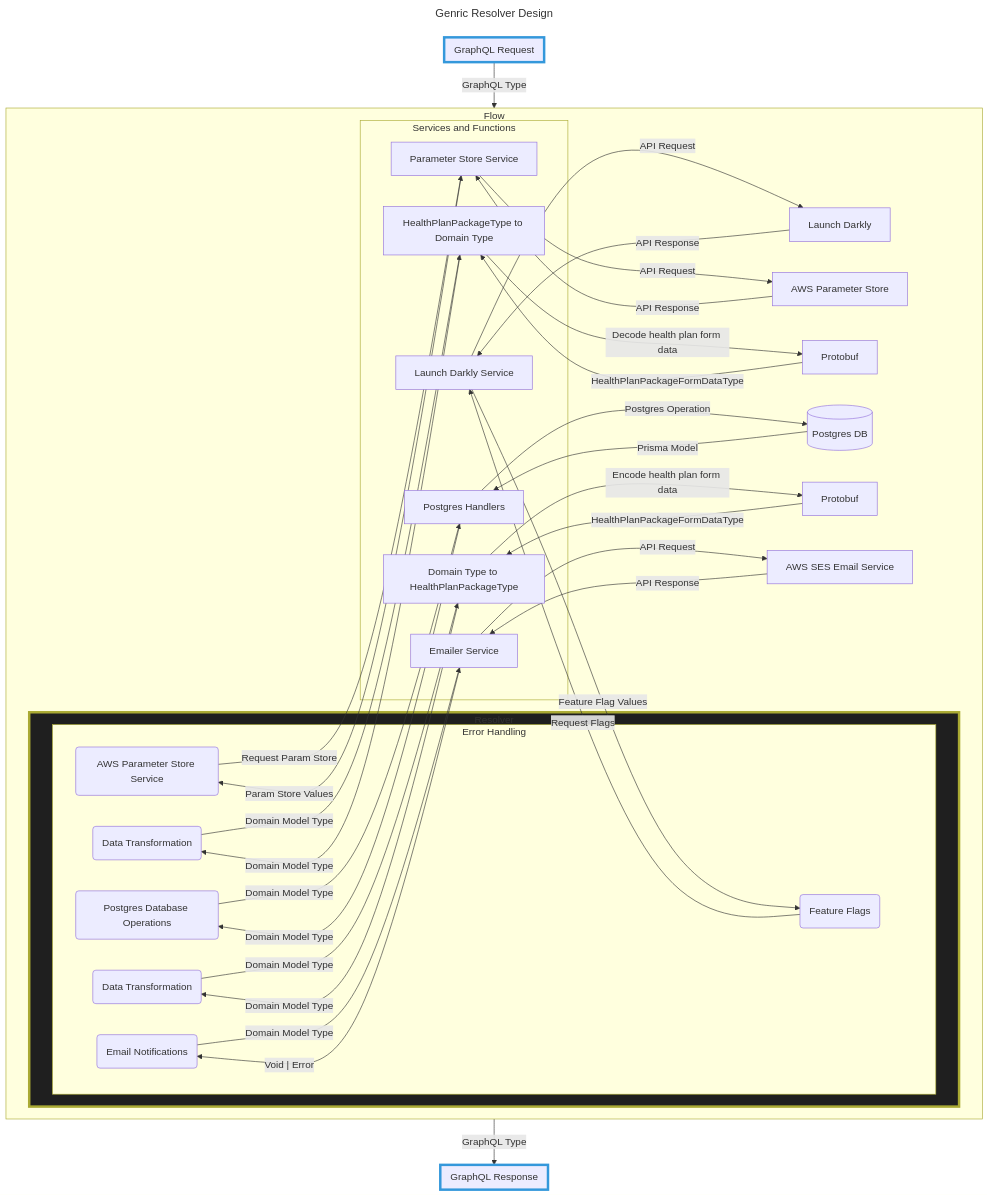
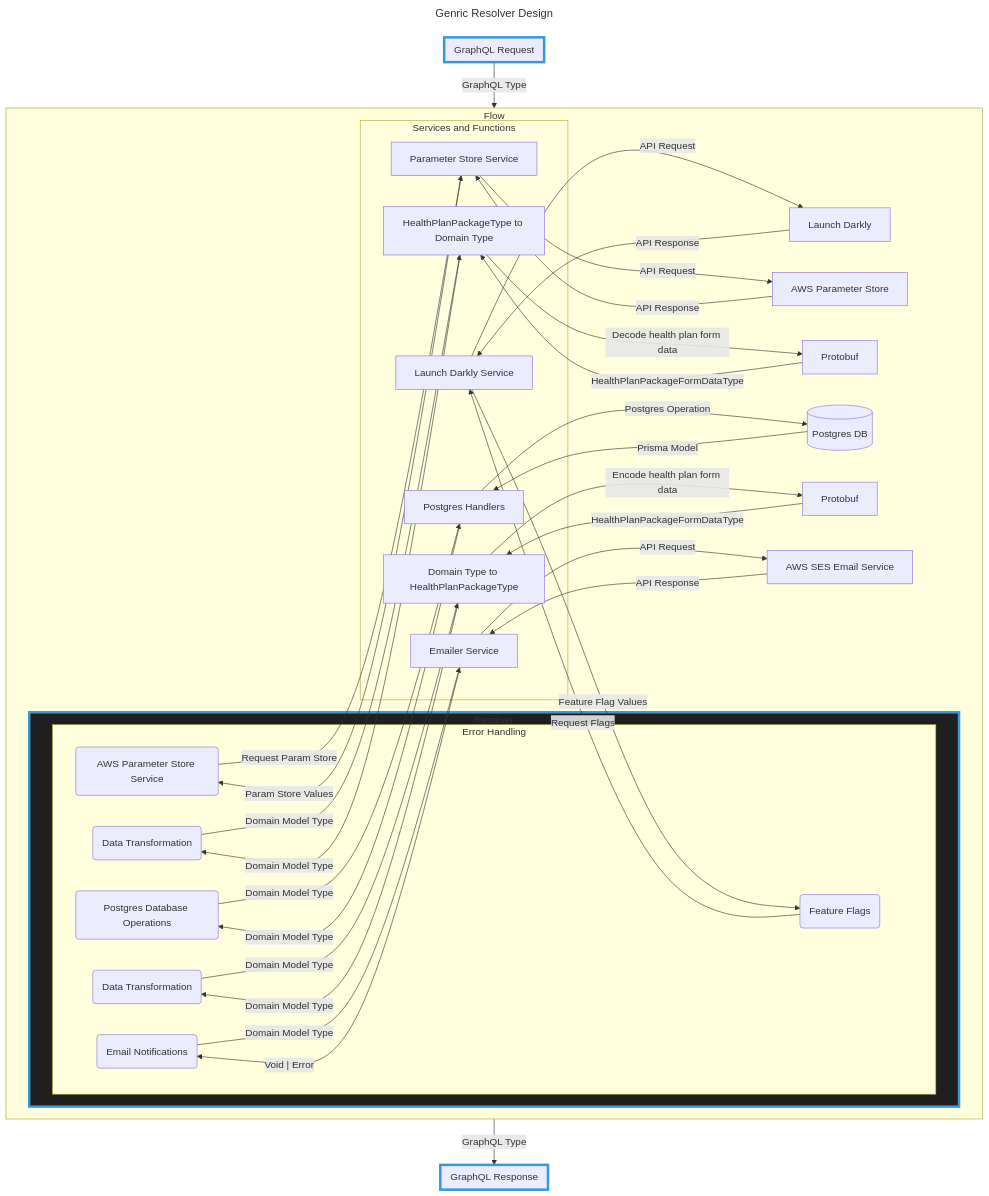
Before and after one commit to Enterprise-CMCS/managed-care-review: the first of 2 diagrams in docs/technical-design/resovler-design.md, drawn with Mermaid.

Commit message:
Fix another mermaid markdown errors.

````diff
--- a/docs/technical-design/resovler-design.md
+++ b/docs/technical-design/resovler-design.md
@@ -19,69 +19,69 @@
 ```mermaid
 ---
 title: Genric Resolver Design
 ---
 flowchart TD
     subgraph request[GraphQL Request]
     end
     subgraph container[Flow]
       direction LR
       subgraph resolver[Resolver]
           subgraph errorHandling[Error Handling]
             featureFlags(Feature Flags)
             awsParameterStore(AWS Parameter Store Service)
             dataTransformation1(Data Transformation)
             postgresOperations(Postgres Database Operations)
             dataTransformation2(Data Transformation)
             emailNotification(Email Notifications)
           end
       end
       
       subgraph servicesAndFunctions[Services and Functions]
         ldService[Launch Darkly Service]
         awsParamService[Parameter Store Service]
         postHandlers[Postgres Handlers]
         emailerService[Emailer Service]
         hppToDomainType[HealthPlanPackageType to Domain Type]
         domainToHPPType[Domain Type to HealthPlanPackageType]
       end
 
       featureFlags -- Request Flags --> ldService
       ldService -- Feature Flag Values --> featureFlags
       ldService -- API Request --> launchDarkly[Launch Darkly]
       launchDarkly[Launch Darkly] -- API Response --> ldService
 
       awsParameterStore -- Request Param Store --> awsParamService
       awsParamService -- Param Store Values --> awsParameterStore
       awsParamService -- API Request --> awsParam[AWS Parameter Store]
       awsParam[AWS Parameter Store] -- API Response --> awsParamService
 
       dataTransformation1 -- Domain Model Type --> hppToDomainType
       hppToDomainType -- Domain Model Type --> dataTransformation1
       hppToDomainType -- Decode health plan form data --> protobuf1[Protobuf]
       protobuf1[Protobuf] -- HealthPlanPackageFormDataType --> hppToDomainType
 
       postgresOperations -- Domain Model Type --> postHandlers
       postHandlers -- Domain Model Type --> postgresOperations
       postHandlers -- Postgres Operation --> postgresDB[(Postgres DB)]
       postgresDB[(Postgres DB)] -- Prisma Model --> postHandlers
 
       dataTransformation2 -- Domain Model Type --> domainToHPPType
       domainToHPPType -- Domain Model Type --> dataTransformation2
       domainToHPPType -- Encode health plan form data --> protobuf2[Protobuf]
       protobuf2[Protobuf] -- HealthPlanPackageFormDataType --> domainToHPPType
 
       emailNotification -- Domain Model Type --> emailerService
       emailerService -- Void | Error --> emailNotification
       emailerService -- API Request --> sesEmailer[AWS SES Email Service]
       sesEmailer[AWS SES Email Service] -- API Response --> emailerService
     end
     subgraph response[GraphQL Response]
     end
     
     request -- GraphQL Type --> container
     container -- GraphQL Type --> response
 
     style request stroke:#3498DB,stroke-width:4px
     style response stroke:#3498DB,stroke-width:4px
-    style resolver stroke:,stroke-width:4px,fill:#1f1f1f;
+    style resolver stroke:#3498DB,stroke-width:4px,fill:#1f1f1f;
 ```
````
